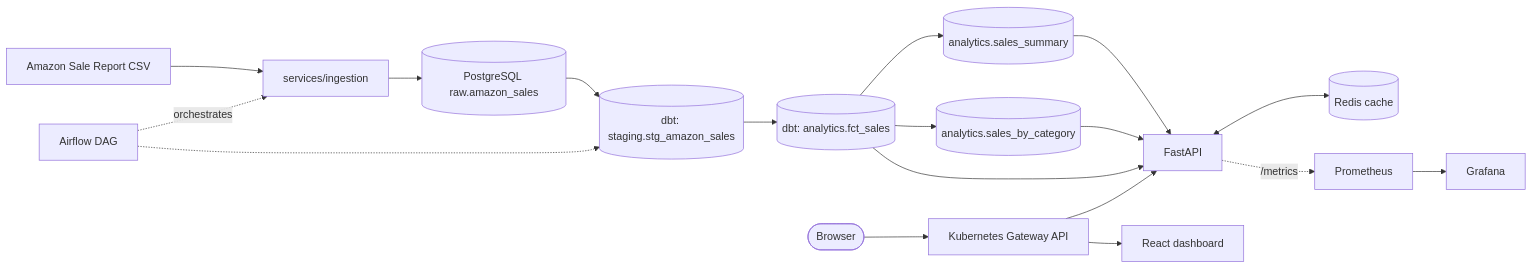
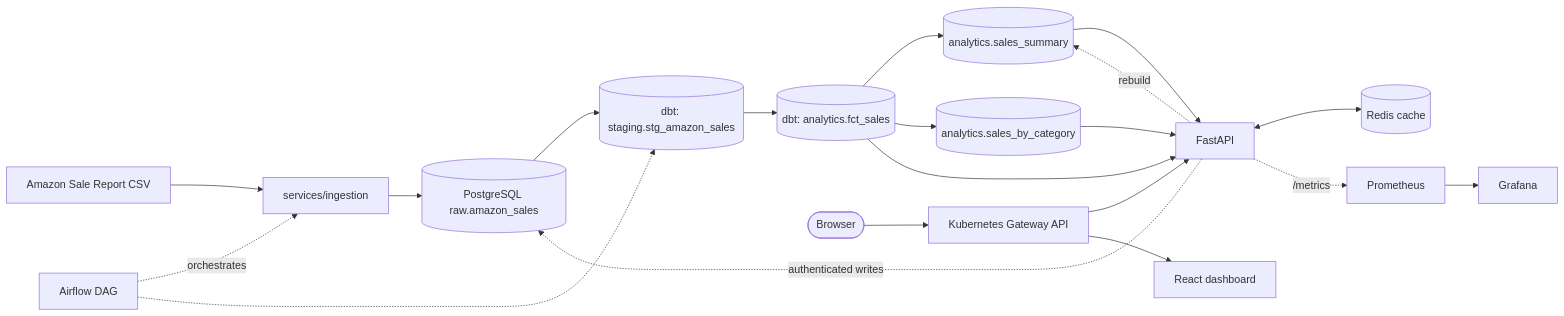
Before and after one commit to dvtbn19/e-commerce-sale-analysis-pipeline: the diagram in README.md, drawn with Mermaid. The commit also changed other lines of this file and 1 other file, not shown here.

````diff
--- a/README.md
+++ b/README.md
@@ -18,24 +18,27 @@
 ```mermaid
 flowchart LR
     CSV["Amazon Sale Report CSV"] --> ING["services/ingestion"]
     ING --> RAW[("PostgreSQL raw.amazon_sales")]
     RAW --> STG[("dbt: staging.stg_amazon_sales")]
     STG --> FACT[("dbt: analytics.fct_sales")]
     FACT --> SUMM[("analytics.sales_summary")]
     FACT --> CAT[("analytics.sales_by_category")]
 
     SUMM --> API["FastAPI"]
     CAT --> API
     FACT --> API
     API <--> REDIS[("Redis cache")]
 
     GATEWAY["Kubernetes Gateway API"] --> API
     GATEWAY --> FRONTEND["React dashboard"]
     USER(["Browser"]) --> GATEWAY
 
+    API -. "authenticated writes" .-> RAW
+    API -. rebuild .-> SUMM
+
     AIRFLOW["Airflow DAG"] -. orchestrates .-> ING
     AIRFLOW -.-> STG
 
     API -. "/metrics" .-> PROM["Prometheus"]
     PROM --> GRAF["Grafana"]
 ```
````
